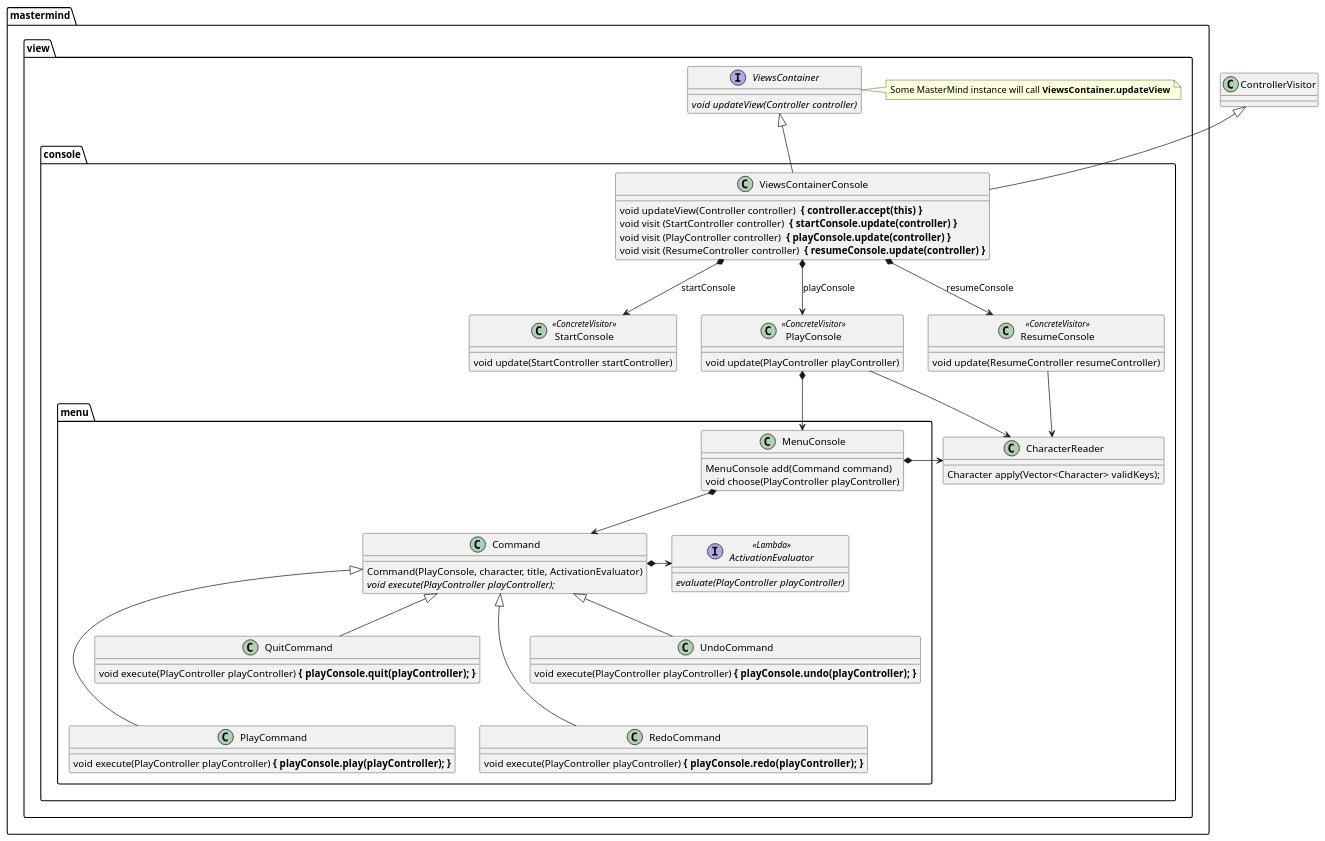
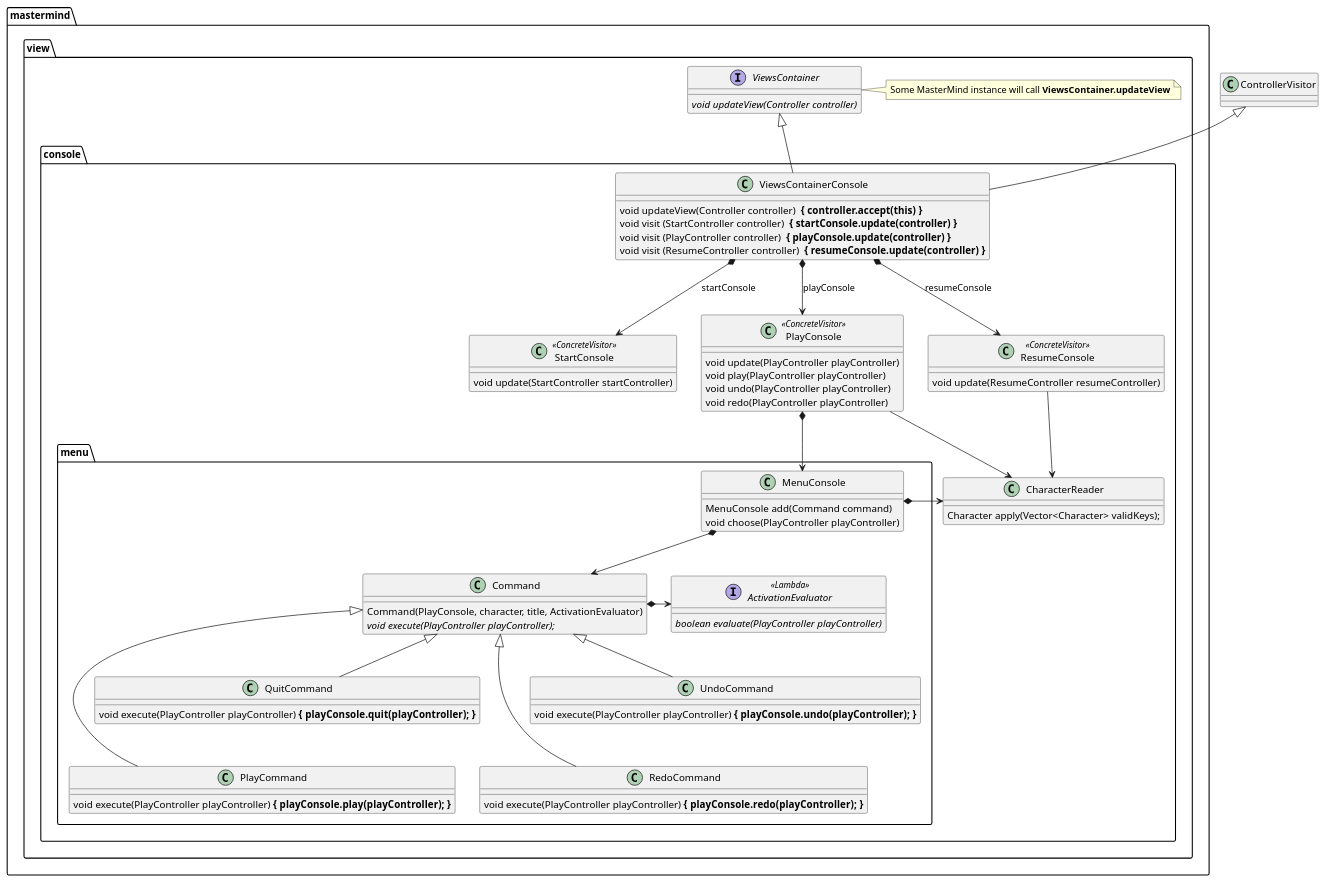
One commit to ciscoruiz/mastermind changed the diagram in doc/mastermind.view.menu.puml. Above: the diagram before and after it, drawn with PlantUML. The commit also changed 1 other file, not shown here.

```diff
--- a/doc/mastermind.view.menu.puml
+++ b/doc/mastermind.view.menu.puml
@@ -1,86 +1,89 @@
 @startuml
 
 package mastermind.view {
 interface ViewsContainer {
    {abstract} void updateView(Controller controller)
 }
 note right: Some MasterMind instance will call <b>ViewsContainer.updateView</b>
 }
 
 package mastermind.view.console {
    class CharacterReader {
        Character apply(Vector<Character> validKeys);
    }
 
    class ViewsContainerConsole {
        void updateView(Controller controller) <b> { controller.accept(this) }</b>
        void visit (StartController controller) <b> { startConsole.update(controller) }</b>
        void visit (PlayController controller) <b> { playConsole.update(controller) }</b>
        void visit (ResumeController controller) <b> { resumeConsole.update(controller) }</b>
    }
 
    class StartConsole <<ConcreteVisitor>> {
        void update(StartController startController)
    }
    class PlayConsole <<ConcreteVisitor>> {
        void update(PlayController playController)
+       void play(PlayController playController)
+       void undo(PlayController playController)
+       void redo(PlayController playController)
    }
    class ResumeConsole <<ConcreteVisitor>> {
        void update(ResumeController resumeController)
    }
 
    namespace mastermind.view.console.menu {
       interface ActivationEvaluator <<Lambda>>{
-         {abstract} evaluate(PlayController playController)
+         {abstract} boolean evaluate(PlayController playController)
       }
 
       class MenuConsole {
          MenuConsole add(Command command)
          void choose(PlayController playController)
       }
       class Command {
          Command(PlayConsole, character, title, ActivationEvaluator)
          {abstract} void execute(PlayController playController);
       }
 
       MenuConsole *--> Command
 
       Command *-right-> ActivationEvaluator
       Command <|--- PlayCommand
       Command <|-- QuitCommand
       Command <|--- RedoCommand
       Command <|-- UndoCommand
 
       class PlayCommand {
          void execute(PlayController playController) <b>{ playConsole.play(playController);  }</b>
       }
 
       class QuitCommand {
          void execute(PlayController playController) <b>{ playConsole.quit(playController);  }</b>
       }
 
       class RedoCommand {
          void execute(PlayController playController) <b>{ playConsole.redo(playController);  }</b>
       }
 
       class UndoCommand {
          void execute(PlayController playController) <b>{ playConsole.undo(playController);  }</b>
       }
    }
 
    mastermind.view.console.menu.MenuConsole *-left-> CharacterReader
 
    PlayConsole *--> mastermind.view.console.menu.MenuConsole
 }
 
 ViewsContainer <|-- ViewsContainerConsole
 ControllerVisitor <|-- ViewsContainerConsole
 
 ViewsContainerConsole *--> StartConsole : startConsole
 ViewsContainerConsole *--> PlayConsole : playConsole
 ViewsContainerConsole *--> ResumeConsole : resumeConsole
 
 PlayConsole --> CharacterReader
 ResumeConsole --> CharacterReader
 
 @enduml
```
